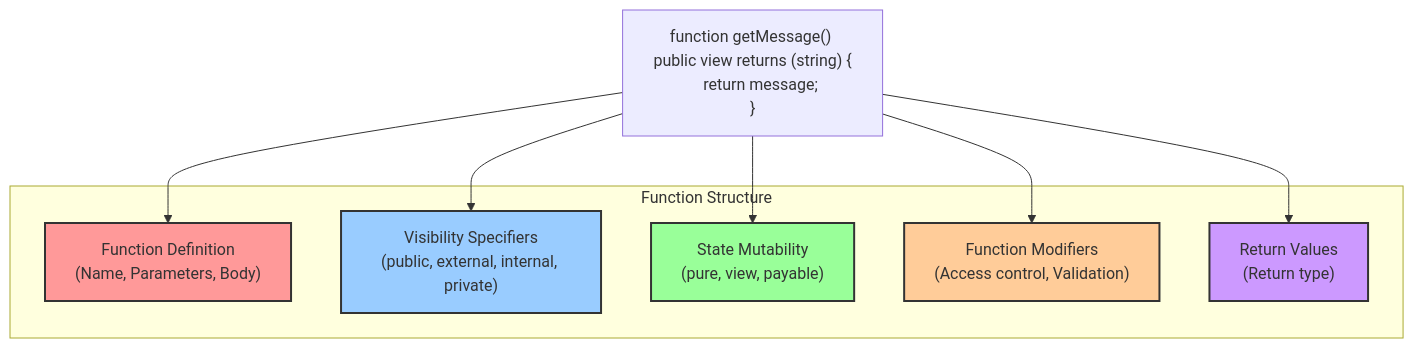
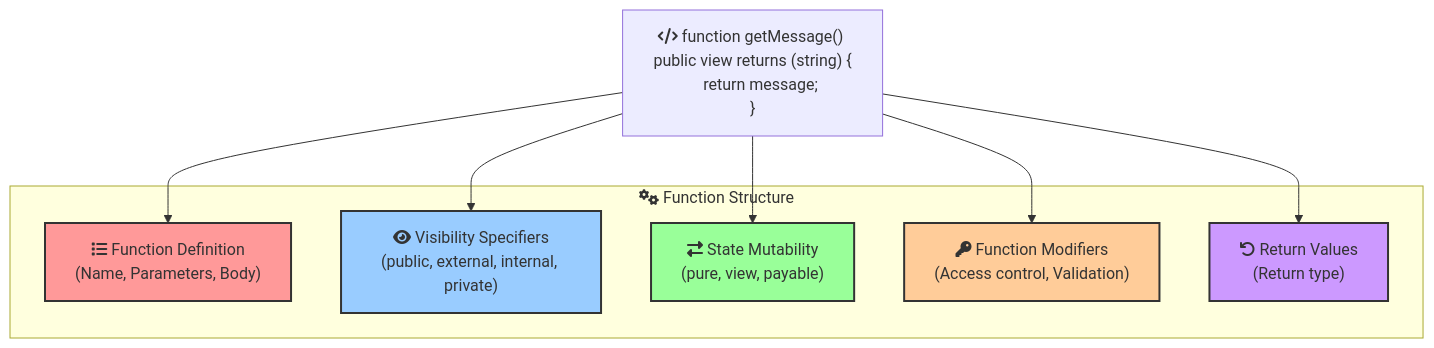
Before and after one commit to kelvin-bz/blog: the ninth of 33 diagrams in _posts/2024-07-09-introduction-to-solidity.md, drawn with Mermaid. The commit also changed other lines of this file, not shown here.

````diff
--- a/_posts/2024-07-09-introduction-to-solidity.md
+++ b/_posts/2024-07-09-introduction-to-solidity.md
@@ -838,30 +792,30 @@
 ```mermaid
 graph TD
-    functionExample["function getMessage() public view returns (string) {\n    return message;\n}"]
-    functionDefinition["Function Definition\n(Name, Parameters, Body)"]:::fdColor
-    visibilitySpecifiers["Visibility Specifiers\n(public, external, internal, private)"]:::vsColor
-    stateMutability["State Mutability\n(pure, view, payable)"]:::smColor
-    functionModifiers["Function Modifiers\n(Access control, Validation)"]:::fmColor
-    returnValues["Return Values\n(Return type)"]:::rvColor
+    classDef fdColor fill:#ff9999,stroke:#333,stroke-width:2px;
+    classDef vsColor fill:#99ccff,stroke:#333,stroke-width:2px;
+    classDef smColor fill:#99ff99,stroke:#333,stroke-width:2px;
+    classDef fmColor fill:#ffcc99,stroke:#333,stroke-width:2px;
+    classDef rvColor fill:#cc99ff,stroke:#333,stroke-width:2px;
+
+    functionExample["fa:fa-code function getMessage() public view returns (string) {\n    return message;\n}"]
+    functionDefinition["fa:fa-list Function Definition\n(Name, Parameters, Body)"]:::fdColor
+    visibilitySpecifiers["fa:fa-eye Visibility Specifiers\n(public, external, internal, private)"]:::vsColor
+    stateMutability["fa:fa-exchange-alt State Mutability\n(pure, view, payable)"]:::smColor
+    functionModifiers["fa:fa-key Function Modifiers\n(Access control, Validation)"]:::fmColor
+    returnValues["fa:fa-undo Return Values\n(Return type)"]:::rvColor
 
     functionExample --> functionDefinition
     functionExample --> visibilitySpecifiers
     functionExample --> stateMutability
     functionExample --> functionModifiers
     functionExample --> returnValues
 
-    subgraph functionStructure["Function Structure"]
+    subgraph functionStructure["fa:fa-cogs Function Structure"]
         functionDefinition
         visibilitySpecifiers
         stateMutability
         functionModifiers
         returnValues
     end
 
-    classDef fdColor fill:#ff9999,stroke:#333,stroke-width:2px;
-    classDef vsColor fill:#99ccff,stroke:#333,stroke-width:2px;
-    classDef smColor fill:#99ff99,stroke:#333,stroke-width:2px;
-    classDef fmColor fill:#ffcc99,stroke:#333,stroke-width:2px;
-    classDef rvColor fill:#cc99ff,stroke:#333,stroke-width:2px;
-
 ```
````
